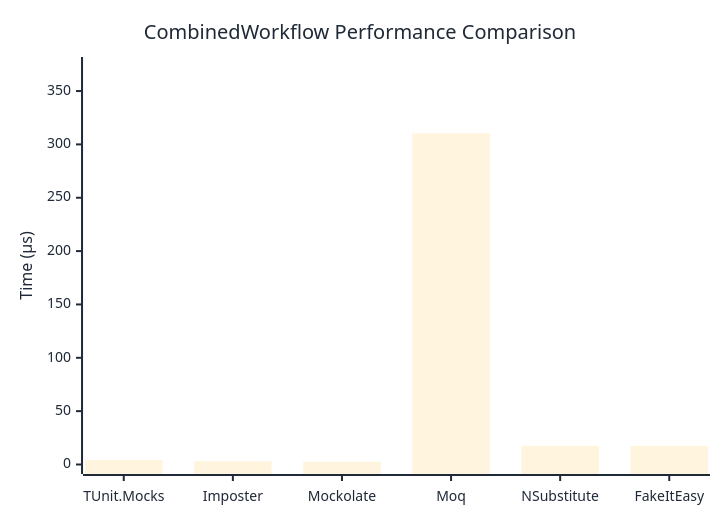
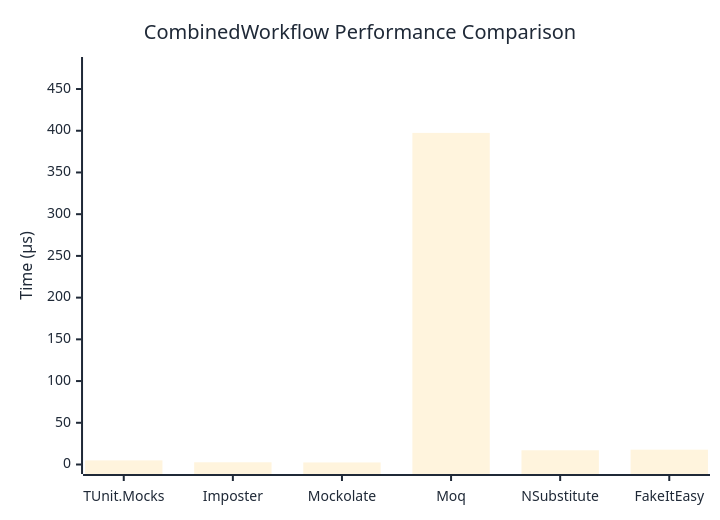
Before and after one commit to thomhurst/TUnit: the diagram in docs/docs/benchmarks/mocks/CombinedWorkflow.md, drawn with Mermaid. The commit also changed other lines of this file and 14 other files, not shown here.

````diff
--- a/docs/docs/benchmarks/mocks/CombinedWorkflow.md
+++ b/docs/docs/benchmarks/mocks/CombinedWorkflow.md
@@ -30,27 +28,27 @@
 ```mermaid
 %%{init: {
   'theme':'base',
   'themeVariables': {
     'primaryColor': '#2563eb',
     'primaryTextColor': '#1f2937',
     'primaryBorderColor': '#1e40af',
     'lineColor': '#6b7280',
     'secondaryColor': '#7c3aed',
     'tertiaryColor': '#dc2626',
     'background': '#ffffff',
     'pie1': '#2563eb',
     'pie2': '#7c3aed',
     'pie3': '#dc2626',
     'pie4': '#f59e0b',
     'pie5': '#10b981',
     'pie6': '#06b6d4',
     'pie7': '#ec4899',
     'pie8': '#6366f1'
   }
 }}%%
 xychart-beta
   title "CombinedWorkflow Performance Comparison"
   x-axis ["TUnit.Mocks", "Imposter", "Mockolate", "Moq", "NSubstitute", "FakeItEasy"]
-  y-axis "Time (μs)" 0 --> 373
-  bar [4.264, 3.099, 2.546, 310.498, 17.483, 17.466]
+  y-axis "Time (μs)" 0 --> 477
+  bar [4.925, 2.671, 2.466, 397.412, 17.055, 17.772]
 ```
````
